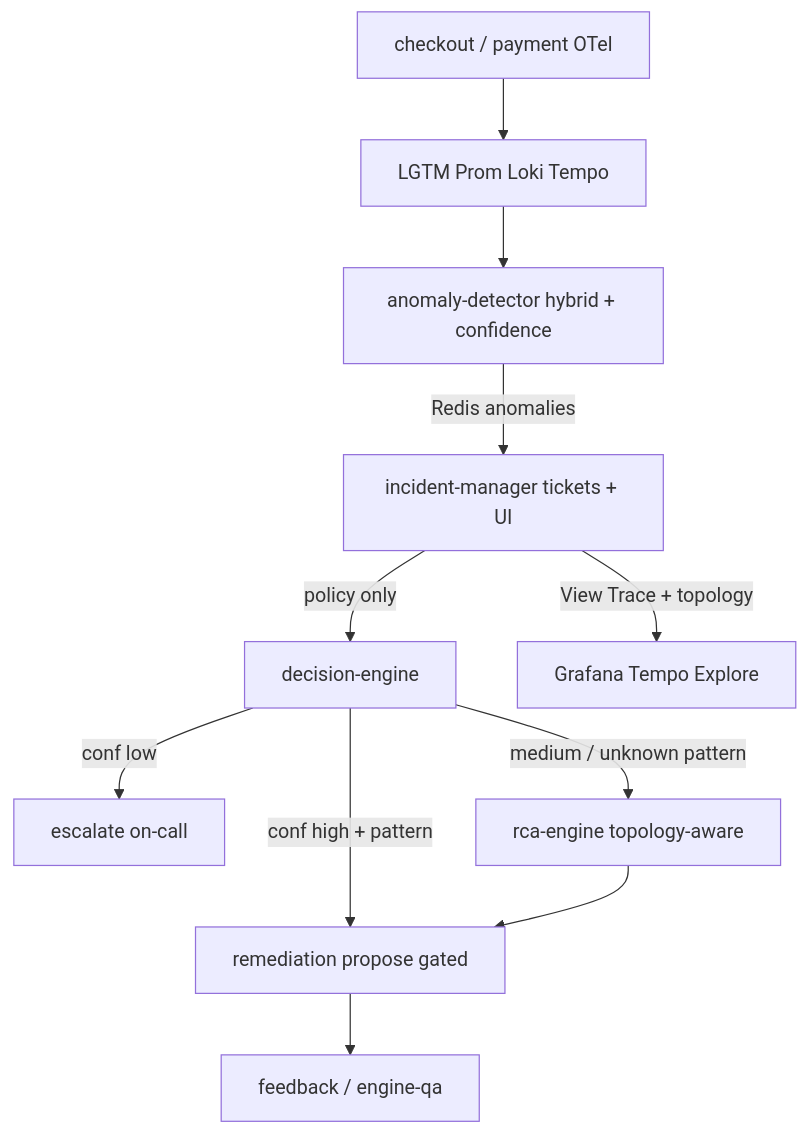
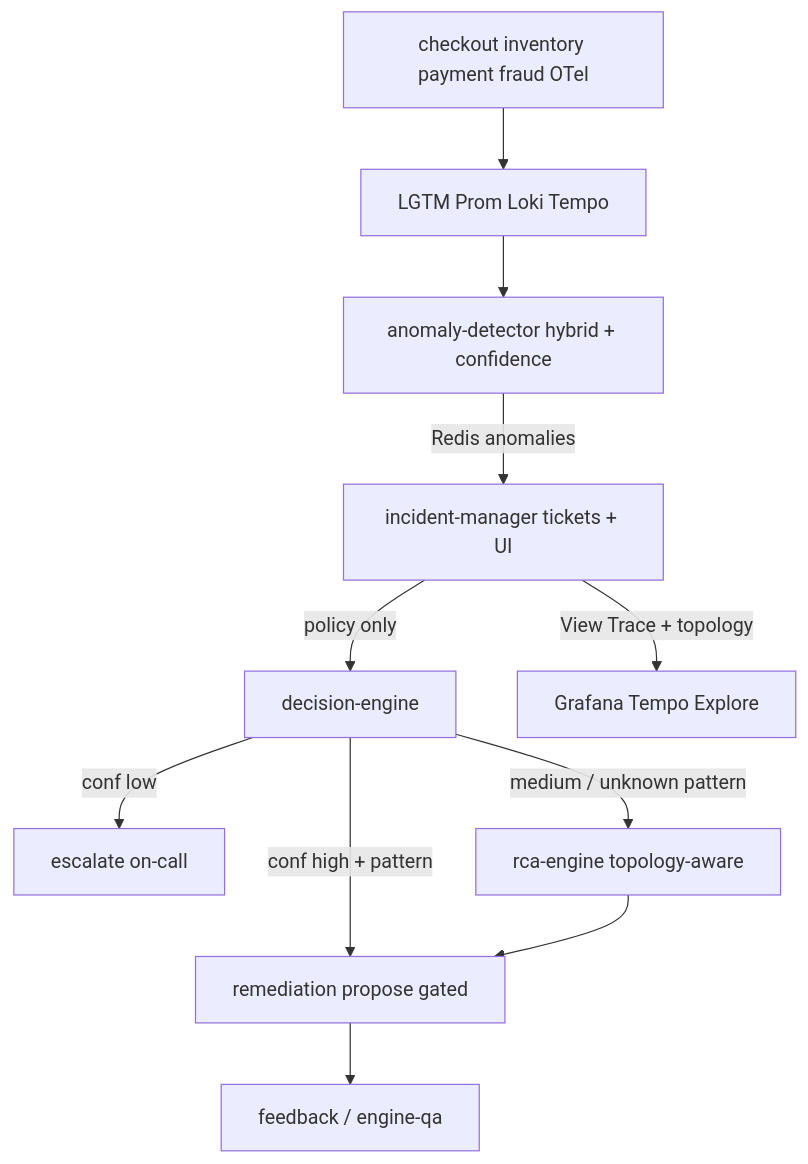
The diagram in README.md (XUanhoa04/aiops-demo-bedrock), drawn with Mermaid before and after one commit. The commit also changed other lines of this file and 23 other files, not shown here.

First line of the commit message:
feat(apps): add inventory and fraud microservices with topology tests

````diff
--- a/README.md
+++ b/README.md
@@ -82,13 +82,13 @@
 ```mermaid
 flowchart TD
-  Apps[checkout / payment OTel] --> LGTM[LGTM Prom Loki Tempo]
+  Apps[checkout inventory payment fraud OTel] --> LGTM[LGTM Prom Loki Tempo]
   LGTM --> Det[anomaly-detector hybrid + confidence]
   Det -->|Redis anomalies| IM[incident-manager tickets + UI]
   IM -->|policy only| DE[decision-engine]
   DE -->|conf low| Esc[escalate on-call]
   DE -->|conf high + pattern| Rem[remediation propose gated]
   DE -->|medium / unknown pattern| RCA[rca-engine topology-aware]
   RCA --> Rem
   Rem --> FB[feedback / engine-qa]
   IM -->|View Trace + topology| Graf[Grafana Tempo Explore]
 ```
````
